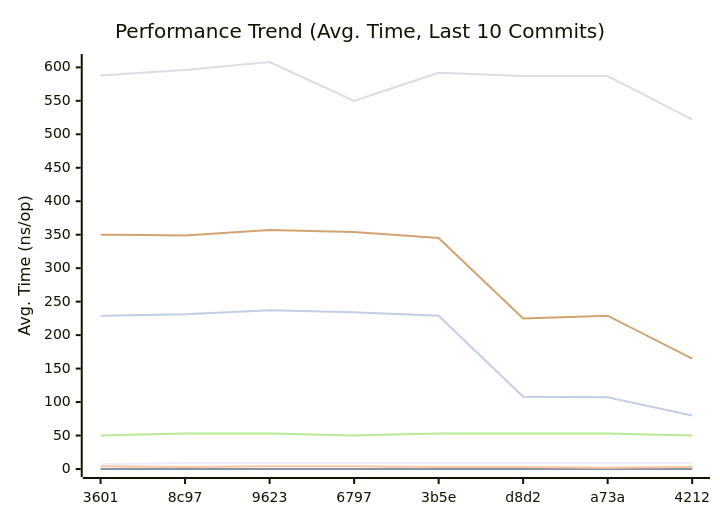
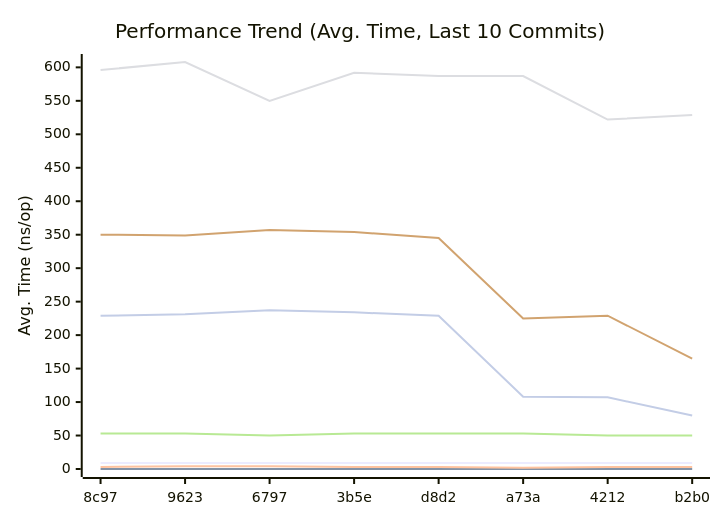
Before and after one commit to alsotoes/momo: the first of 3 diagrams in docs/README.md, drawn with Mermaid. The commit also changed other lines of this file and 1 other file, not shown here.

````diff
--- a/docs/README.md
+++ b/docs/README.md
@@ -303,14 +309,14 @@
 ```mermaid
 xychart-beta
     title "Performance Trend (Avg. Time, Last 10 Commits)"
     x-axis "Commit"
     y-axis "Avg. Time (ns/op)"
-    x-axis [3601,8c97,9623,6797,3b5e,d8d2,a73a,4212]
-    line "CheckMetricsAndSwap" [7,9,9,9,9,9,9,9,9,7]
+    x-axis [8c97,9623,6797,3b5e,d8d2,a73a,4212,b2b0]
+    line "CheckMetricsAndSwap" [9,9,9,9,9,9,9,9,7,9]
     line "IndexDirectTracking" [0,0,0,0,0,0,0,0,0,0]
-    line "IndexSearch" [4,3,4,4,3,3,2,3,3,2]
-    line "LoadGlobalConfig" [588,596,608,550,592,587,587,522,529,427]
-    line "PadString" [50,53,53,50,53,53,53,50,50,40]
+    line "IndexSearch" [3,4,4,3,3,2,3,3,2,3]
+    line "LoadGlobalConfig" [596,608,550,592,587,587,522,529,427,546]
+    line "PadString" [53,53,50,53,53,53,50,50,40,50]
     line "ParseReplicationOrder_NoPrealloc" [350,349,357,354,345,225,229,165,232,234]
     line "ParseReplicationOrder_Prealloc" [229,231,237,234,229,108,107,80,110,109]
 ```
````
